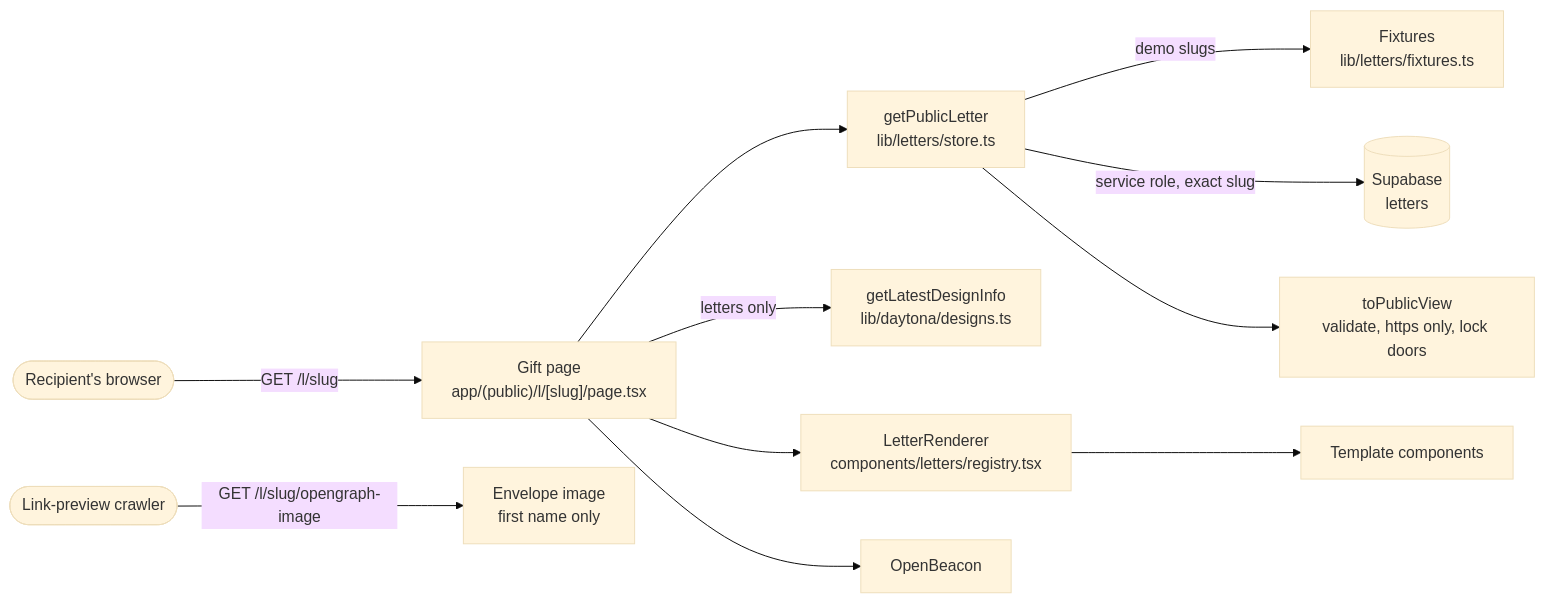
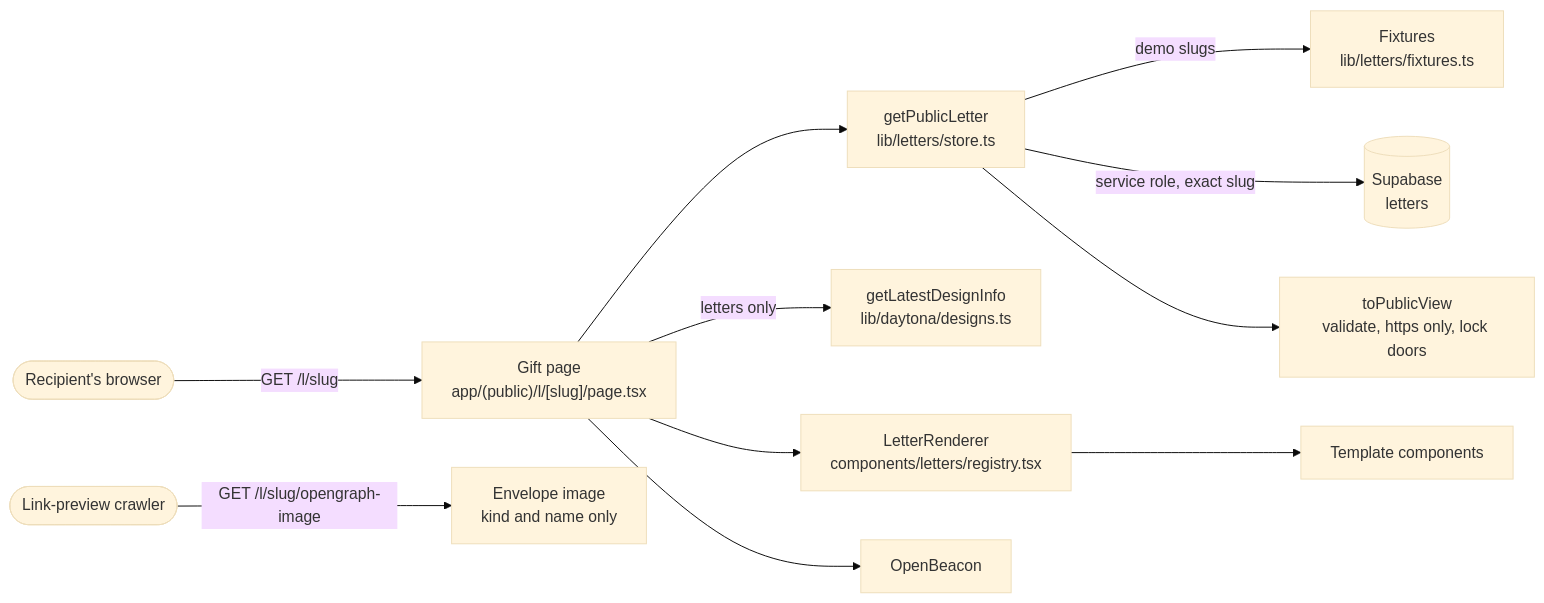
The first of 4 diagrams in docs/features/templates-and-gift-pages.md (peresramirez/majnu), drawn with Mermaid (base theme) before and after one commit. The commit also changed other lines of this file and 20 other files, not shown here.

````diff
--- a/docs/features/templates-and-gift-pages.md
+++ b/docs/features/templates-and-gift-pages.md
@@ -9,13 +9,13 @@
 ```mermaid
 flowchart LR
   recipient(["Recipient's browser"]) -->|"GET /l/slug"| page["Gift page<br/>app/(public)/l/[slug]/page.tsx"]
   page --> getPublic["getPublicLetter<br/>lib/letters/store.ts"]
   getPublic -->|"demo slugs"| fixtures["Fixtures<br/>lib/letters/fixtures.ts"]
   getPublic -->|"service role, exact slug"| db[("Supabase<br/>letters")]
   getPublic --> view["toPublicView<br/>validate, https only, lock doors"]
   page -->|"letters only"| design["getLatestDesignInfo<br/>lib/daytona/designs.ts"]
   page --> renderer["LetterRenderer<br/>components/letters/registry.tsx"]
   renderer --> templates["Template components"]
   page --> beacon["OpenBeacon"]
-  crawler(["Link-preview crawler"]) -->|"GET /l/slug/opengraph-image"| og["Envelope image<br/>first name only"]
+  crawler(["Link-preview crawler"]) -->|"GET /l/slug/opengraph-image"| og["Envelope image<br/>kind and name only"]
 ```
````
